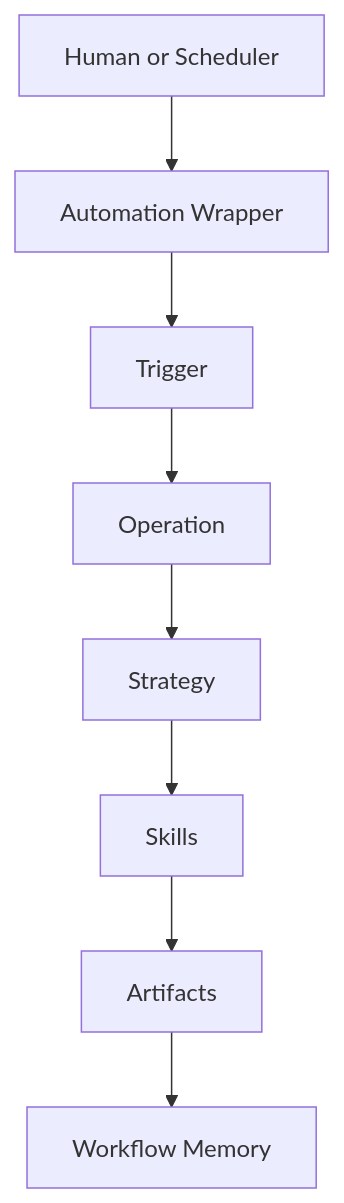
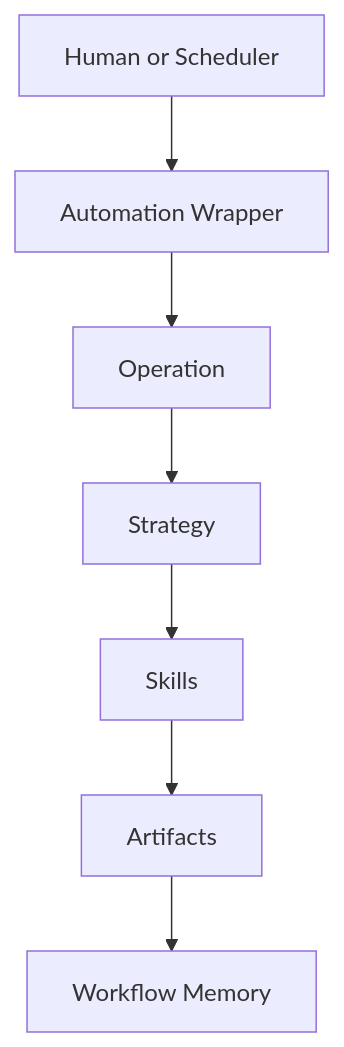
The diagram in software-factory/README.md (brandonbryant12/content-studio), drawn with Mermaid before and after one commit. The commit also changed other lines of this file and 46 other files, not shown here.

````diff
--- a/software-factory/README.md
+++ b/software-factory/README.md
@@ -37,10 +25,9 @@
 ```mermaid
 flowchart TD
   A[Human or Scheduler] --> B[Automation Wrapper]
-  B --> C[Trigger]
-  C --> D[Operation]
-  D --> E[Strategy]
-  E --> F[Skills]
-  F --> G[Artifacts]
-  G --> H[Workflow Memory]
+  B --> C[Operation]
+  C --> D[Strategy]
+  D --> E[Skills]
+  E --> F[Artifacts]
+  F --> G[Workflow Memory]
 ```
````
